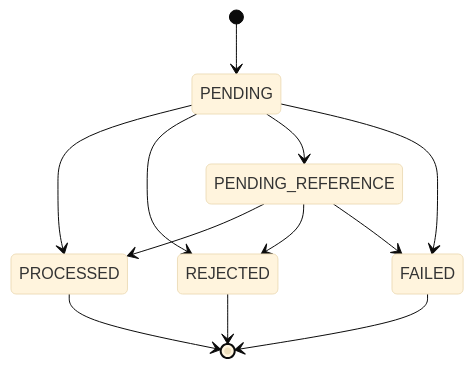
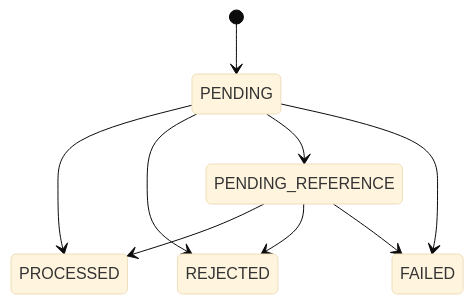
Before and after one commit to Antonyiuri/jungle-gaming-backend: the second of 2 diagrams in ARCHITECTURE.md, drawn with Mermaid (base theme). The commit also changed other lines of this file and 5 other files, not shown here.

````diff
--- a/ARCHITECTURE.md
+++ b/ARCHITECTURE.md
@@ -175,14 +125,11 @@
 ```mermaid
 stateDiagram-v2
     [*] --> PENDING
     PENDING --> PROCESSED
     PENDING --> REJECTED
     PENDING --> PENDING_REFERENCE
     PENDING --> FAILED
     PENDING_REFERENCE --> PROCESSED
     PENDING_REFERENCE --> REJECTED
     PENDING_REFERENCE --> FAILED
-    PROCESSED --> [*]
-    REJECTED --> [*]
-    FAILED --> [*]
 ```
````
